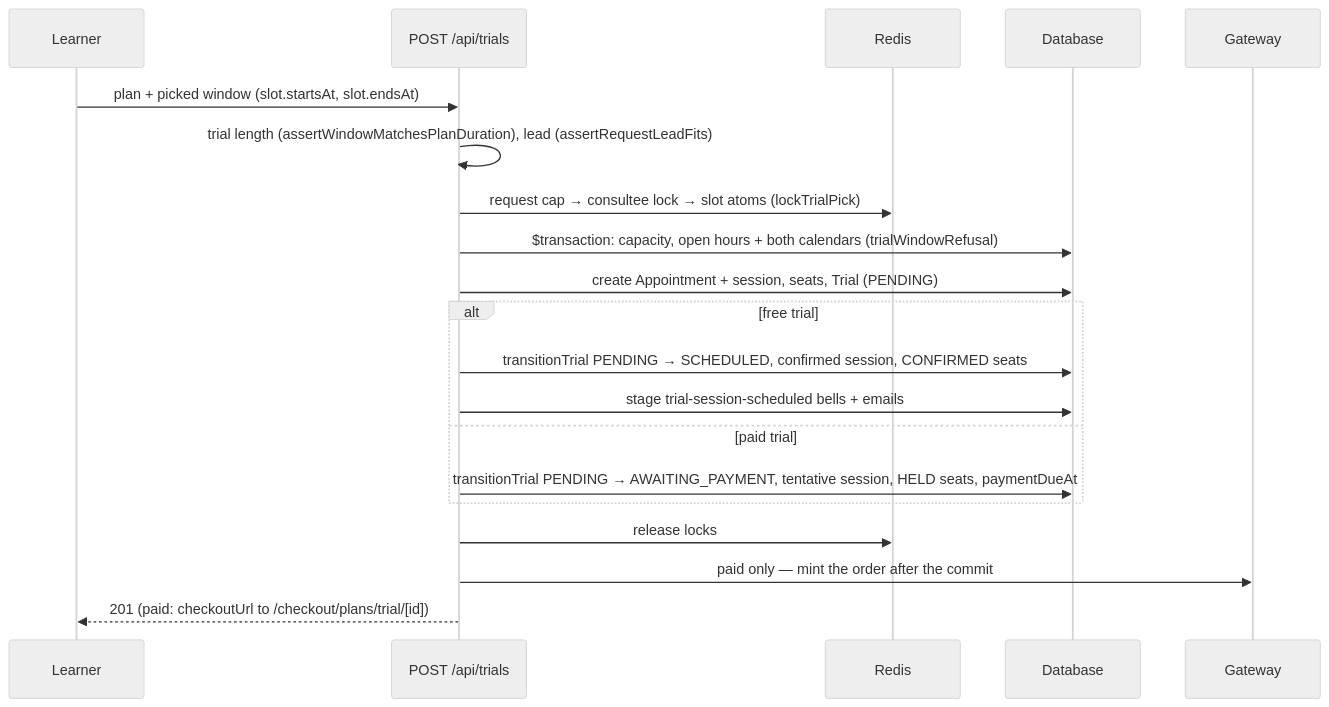
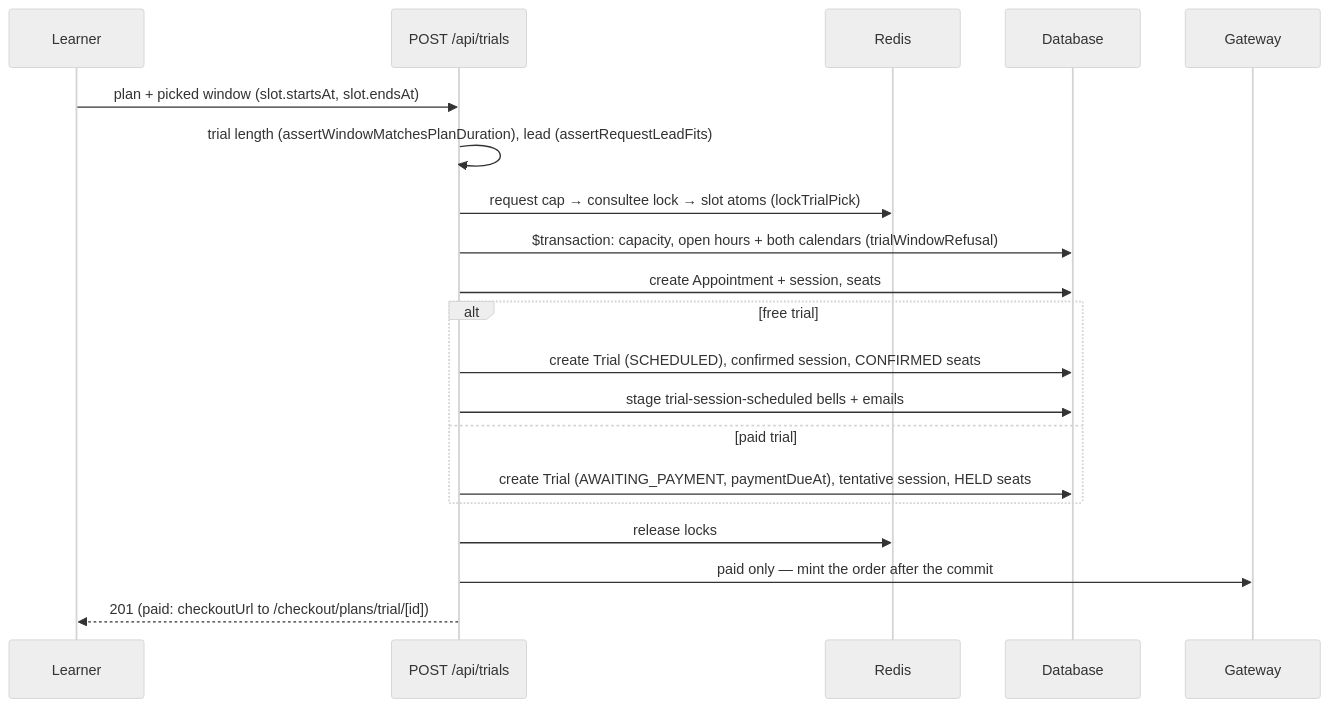
Before and after one commit to Practitionist/familiarise_web: the second of 2 diagrams in docs/booking/09-trials.md, drawn with Mermaid (neutral theme). The commit also changed other lines of this file and 20 other files, not shown here.

````diff
--- a/docs/booking/09-trials.md
+++ b/docs/booking/09-trials.md
@@ -164,23 +156,23 @@
 ```mermaid
 sequenceDiagram
     participant Learner
     participant API as POST /api/trials
     participant Redis
     participant DB as Database
     participant Gateway
 
     Learner->>API: plan + picked window (slot.startsAt, slot.endsAt)
     API->>API: trial length (assertWindowMatchesPlanDuration), lead (assertRequestLeadFits)
     API->>Redis: request cap → consultee lock → slot atoms (lockTrialPick)
     API->>DB: $transaction: capacity, open hours + both calendars (trialWindowRefusal)
-    API->>DB: create Appointment + session, seats, Trial (PENDING)
+    API->>DB: create Appointment + session, seats
     alt free trial
-        API->>DB: transitionTrial PENDING → SCHEDULED, confirmed session, CONFIRMED seats
+        API->>DB: create Trial (SCHEDULED), confirmed session, CONFIRMED seats
         API->>DB: stage trial-session-scheduled bells + emails
     else paid trial
-        API->>DB: transitionTrial PENDING → AWAITING_PAYMENT, tentative session, HELD seats, paymentDueAt
+        API->>DB: create Trial (AWAITING_PAYMENT, paymentDueAt), tentative session, HELD seats
     end
     API->>Redis: release locks
     API->>Gateway: paid only — mint the order after the commit
     API-->>Learner: 201 (paid: checkoutUrl to /checkout/plans/trial/[id])
 ```
````
